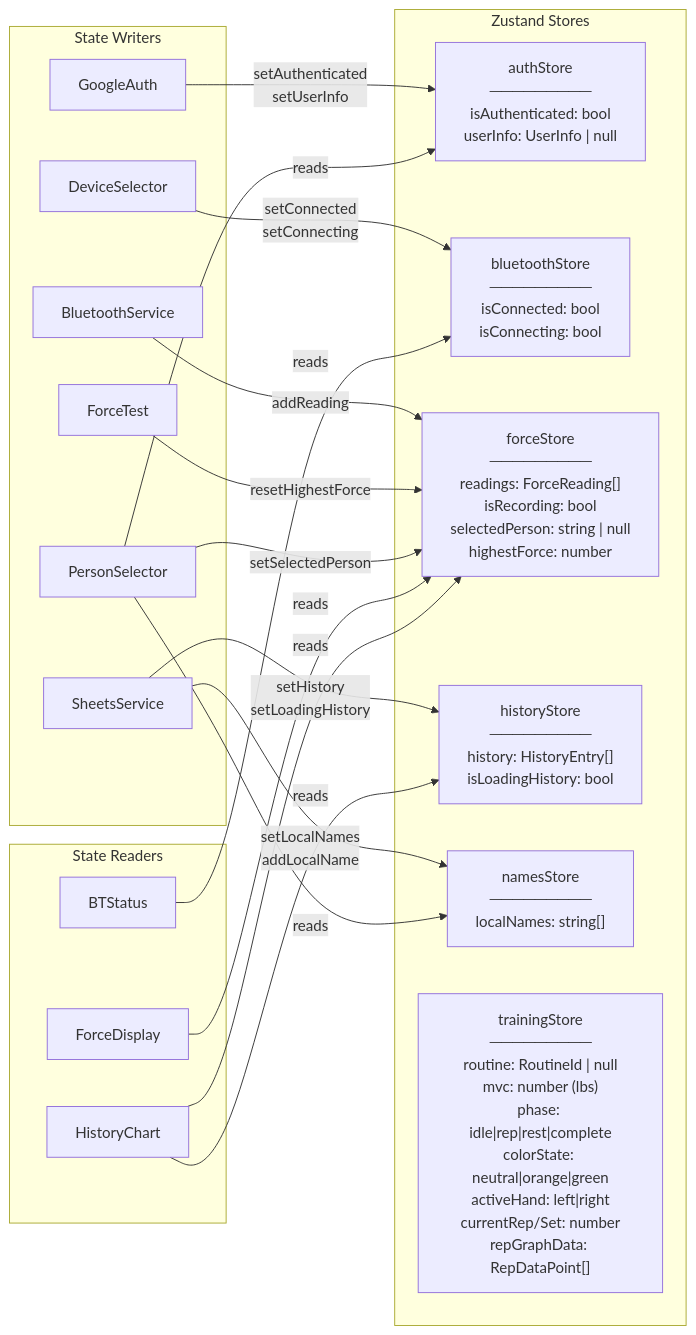
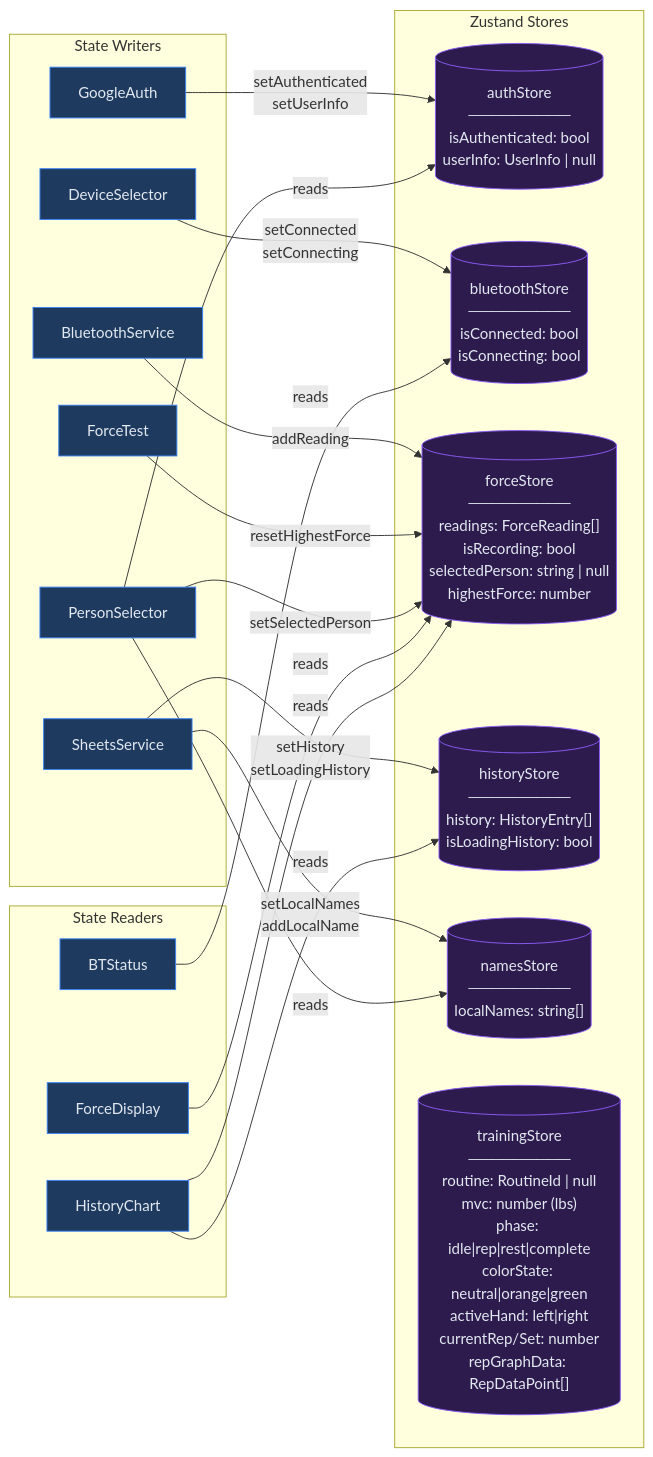
The fourth of 23 diagrams in ARCHITECTURE.md (DerekLieww/Force-Recorder), drawn with Mermaid before and after one commit. The commit also changed other lines of this file and 9 other files, not shown here.

````diff
--- a/ARCHITECTURE.md
+++ b/ARCHITECTURE.md
@@ -254,30 +276,36 @@
 ```mermaid
 graph LR
     subgraph Stores["Zustand Stores"]
-        AuthStore["authStore<br/>─────────<br/>isAuthenticated: bool<br/>userInfo: UserInfo | null"]
-        BTStore["bluetoothStore<br/>─────────<br/>isConnected: bool<br/>isConnecting: bool"]
-        ForceStore["forceStore<br/>─────────<br/>readings: ForceReading[]<br/>isRecording: bool<br/>selectedPerson: string | null<br/>highestForce: number"]
-        HistoryStore["historyStore<br/>─────────<br/>history: HistoryEntry[]<br/>isLoadingHistory: bool"]
-        NamesStore["namesStore<br/>─────────<br/>localNames: string[]"]
-        TrainingStore["trainingStore<br/>─────────<br/>routine: RoutineId | null<br/>mvc: number (lbs)<br/>phase: idle|rep|rest|complete<br/>colorState: neutral|orange|green<br/>activeHand: left|right<br/>currentRep/Set: number<br/>repGraphData: RepDataPoint[]"]
+        AuthStore[("authStore<br/>─────────<br/>isAuthenticated: bool<br/>userInfo: UserInfo | null")]
+        BTStore[("bluetoothStore<br/>─────────<br/>isConnected: bool<br/>isConnecting: bool")]
+        ForceStore[("forceStore<br/>─────────<br/>readings: ForceReading[]<br/>isRecording: bool<br/>selectedPerson: string | null<br/>highestForce: number")]
+        HistoryStore[("historyStore<br/>─────────<br/>history: HistoryEntry[]<br/>isLoadingHistory: bool")]
+        NamesStore[("namesStore<br/>─────────<br/>localNames: string[]")]
+        TrainingStore[("trainingStore<br/>─────────<br/>routine: RoutineId | null<br/>mvc: number (lbs)<br/>phase: idle|rep|rest|complete<br/>colorState: neutral|orange|green<br/>activeHand: left|right<br/>currentRep/Set: number<br/>repGraphData: RepDataPoint[]")]
     end
 
     subgraph Writers["State Writers"]
         GoogleAuth -->|"setAuthenticated<br/>setUserInfo"| AuthStore
         DeviceSelector -->|"setConnected<br/>setConnecting"| BTStore
         BluetoothService -->|"addReading"| ForceStore
         ForceTest -->|"resetHighestForce"| ForceStore
         PersonSelector -->|"setSelectedPerson"| ForceStore
         SheetsService -->|"setHistory<br/>setLoadingHistory"| HistoryStore
         SheetsService -->|"setLocalNames<br/>addLocalName"| NamesStore
     end
 
     subgraph Readers["State Readers"]
         ForceDisplay -->|"reads"| ForceStore
         HistoryChart -->|"reads"| HistoryStore
         HistoryChart -->|"reads"| ForceStore
         PersonSelector -->|"reads"| NamesStore
         PersonSelector -->|"reads"| AuthStore
         BTStatus -->|"reads"| BTStore
     end
+
+    classDef store fill:#2d1b4e,stroke:#8b5cf6,color:#e2e8f0
+    classDef component fill:#1e3a5f,stroke:#3b82f6,color:#e2e8f0
+
+    class AuthStore,BTStore,ForceStore,HistoryStore,NamesStore,TrainingStore store
+    class GoogleAuth,DeviceSelector,BluetoothService,ForceTest,PersonSelector,SheetsService,ForceDisplay,HistoryChart,BTStatus component
 ```
````
